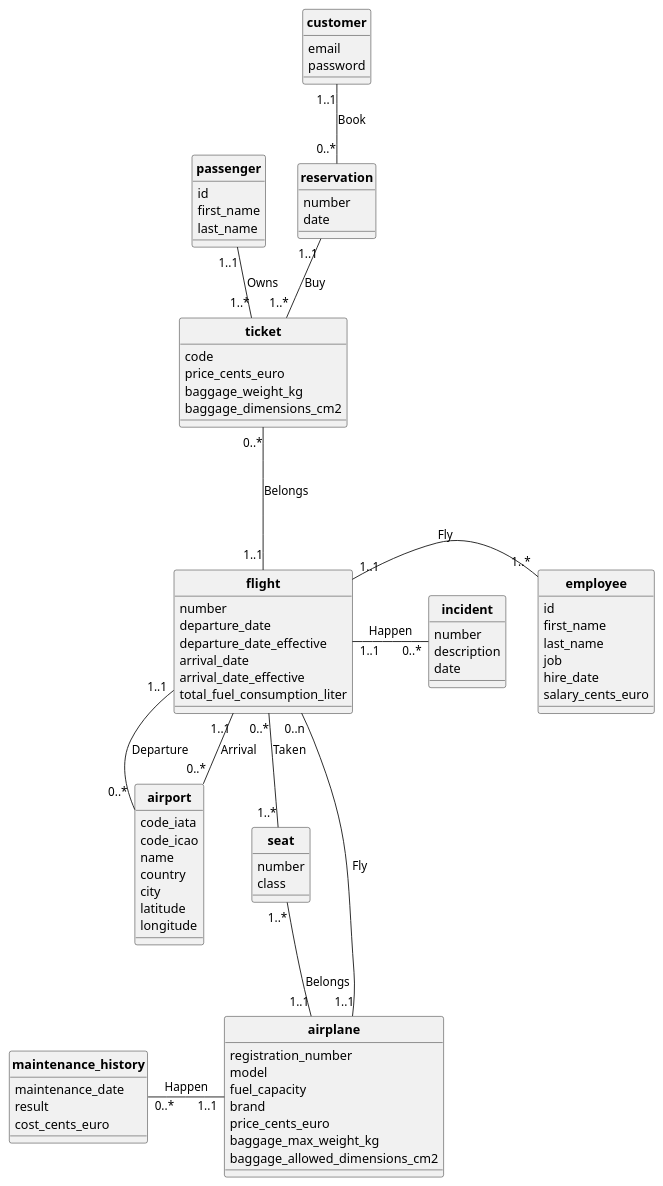
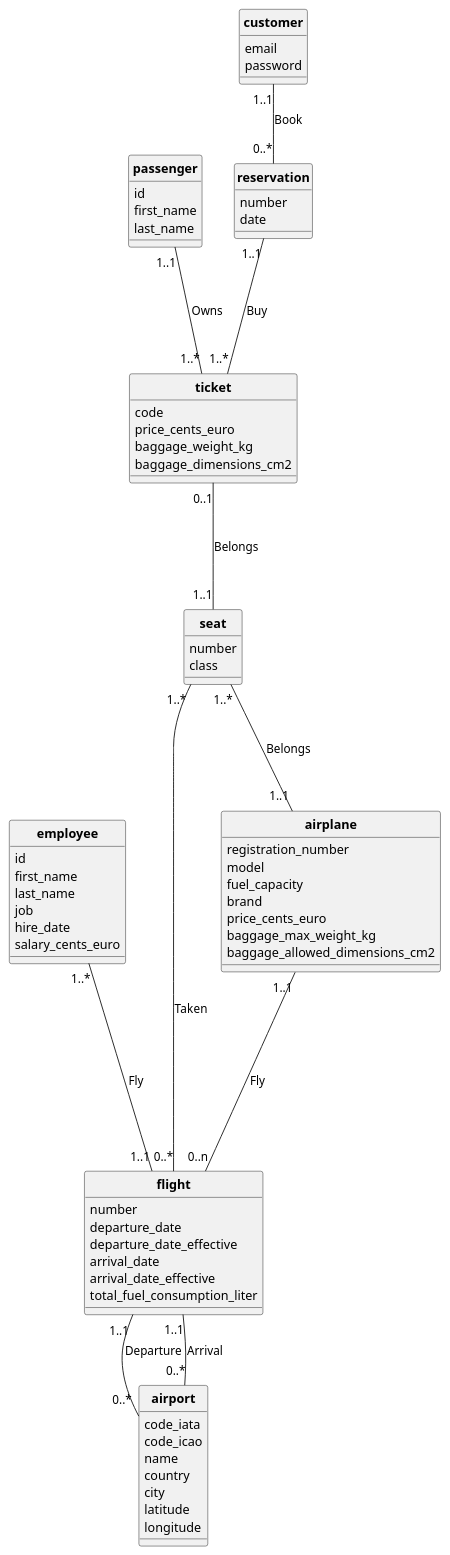
Before and after one commit to cnam-theoludwig/cnam-database: the diagram in MCD.puml, drawn with PlantUML.

Commit message:
feat: update MCD

```diff
--- a/MCD.puml
+++ b/MCD.puml
@@ -1,103 +1,87 @@
 @startuml UML
 
 skinparam style strictuml
 skinparam classAttributeIconSize 0
 skinparam classFontStyle Bold
 hide enum methods
 
 class flight {
   number
   departure_date
   departure_date_effective
   arrival_date
   arrival_date_effective
   total_fuel_consumption_liter
 }
 
 class airport {
   code_iata
   code_icao
   name
   country
   city
   latitude
   longitude
 }
 
 class airplane {
   registration_number
   model
   fuel_capacity
   brand
   price_cents_euro
   baggage_max_weight_kg
   baggage_allowed_dimensions_cm2
-}
-
-class maintenance_history {
-  maintenance_date
-  result
-  cost_cents_euro
 }
 
 class employee {
   id
   first_name
   last_name
   job
   hire_date
   salary_cents_euro
 }
 
 class passenger {
   id
   first_name
   last_name
 }
 
 class ticket {
   code
   price_cents_euro
   baggage_weight_kg
   baggage_dimensions_cm2
 }
 
 class customer {
   email
   password
 }
 
 class seat {
   number
   class
 }
 
 class reservation {
   number
   date
 }
 
-class incident {
-  number
-  description
-  date
-}
-
-airplane "1..1" -- "0..n" flight : Fly
-seat "1..*" -- "1..1" airplane : Belongs
-employee "1..*" -left- "1..1" flight : Fly
-passenger "1..1" -- "1..*" ticket : Owns
-ticket "0..*" --- "1..1" flight : Belongs
-flight "0..*" -- "1..*" seat : Taken
-reservation "1..1" -- "1..*" ticket : Buy
-
-maintenance_history "0..*" -right- "1..1" airplane : Happen
-
-flight "1..1" -right- "0..*" incident : Happen
+airplane "1..1" ---- "0..n" flight : Fly
+seat "1..*" --- "1..1" airplane : Belongs
+employee "1..*" ---- "1..1" flight : Fly
+passenger "1..1" --- "1..*" ticket : Owns
+flight "0..*" -l- "1..*" seat : Taken
+reservation "1..1" --- "1..*" ticket : Buy
+ticket "0..1" --- "1..1" seat : Belongs
 
 flight "1..1" -- "0..*" airport : Departure
 flight "1..1" -- "0..*" airport : Arrival
 
 customer "1..1" -- "0..*" reservation : Book
 
 @enduml
```
